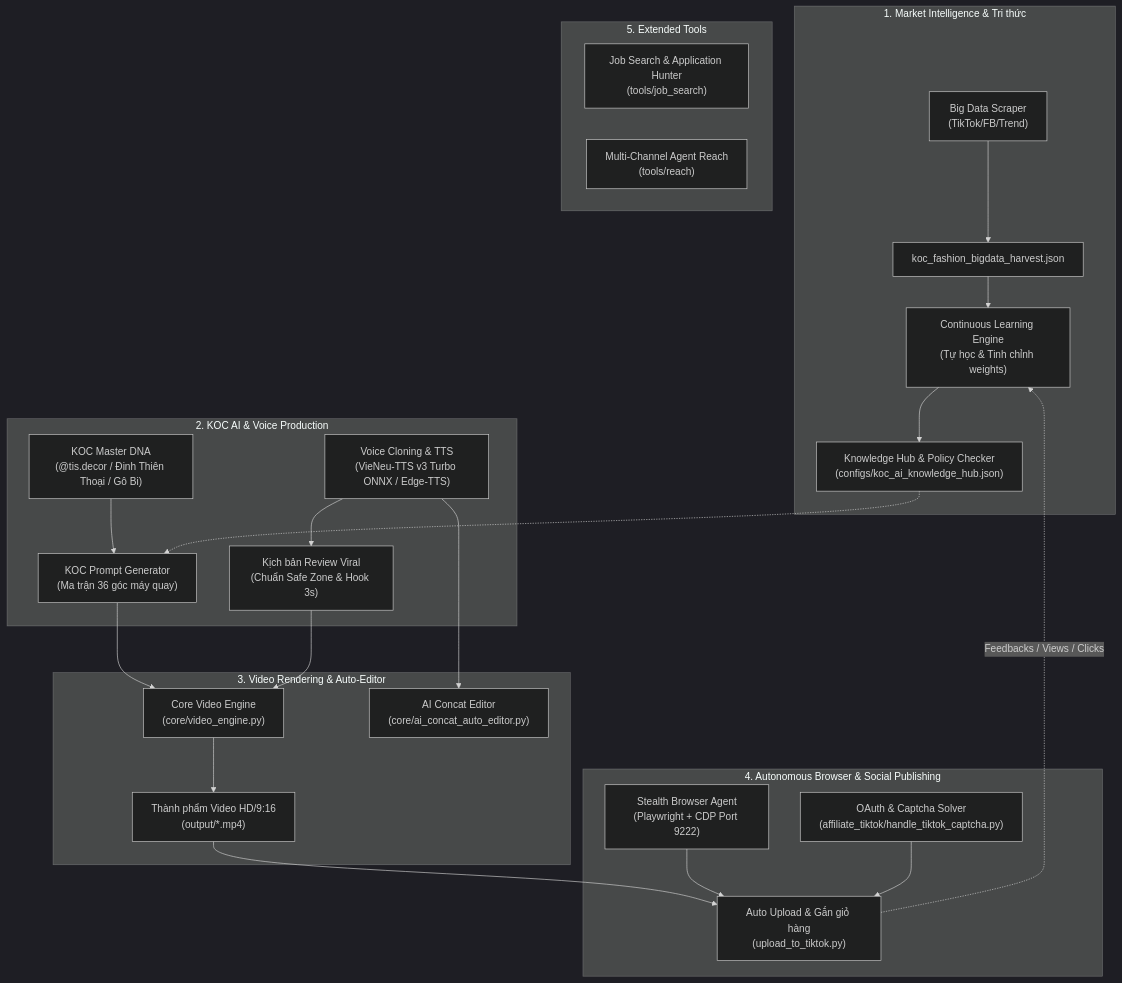
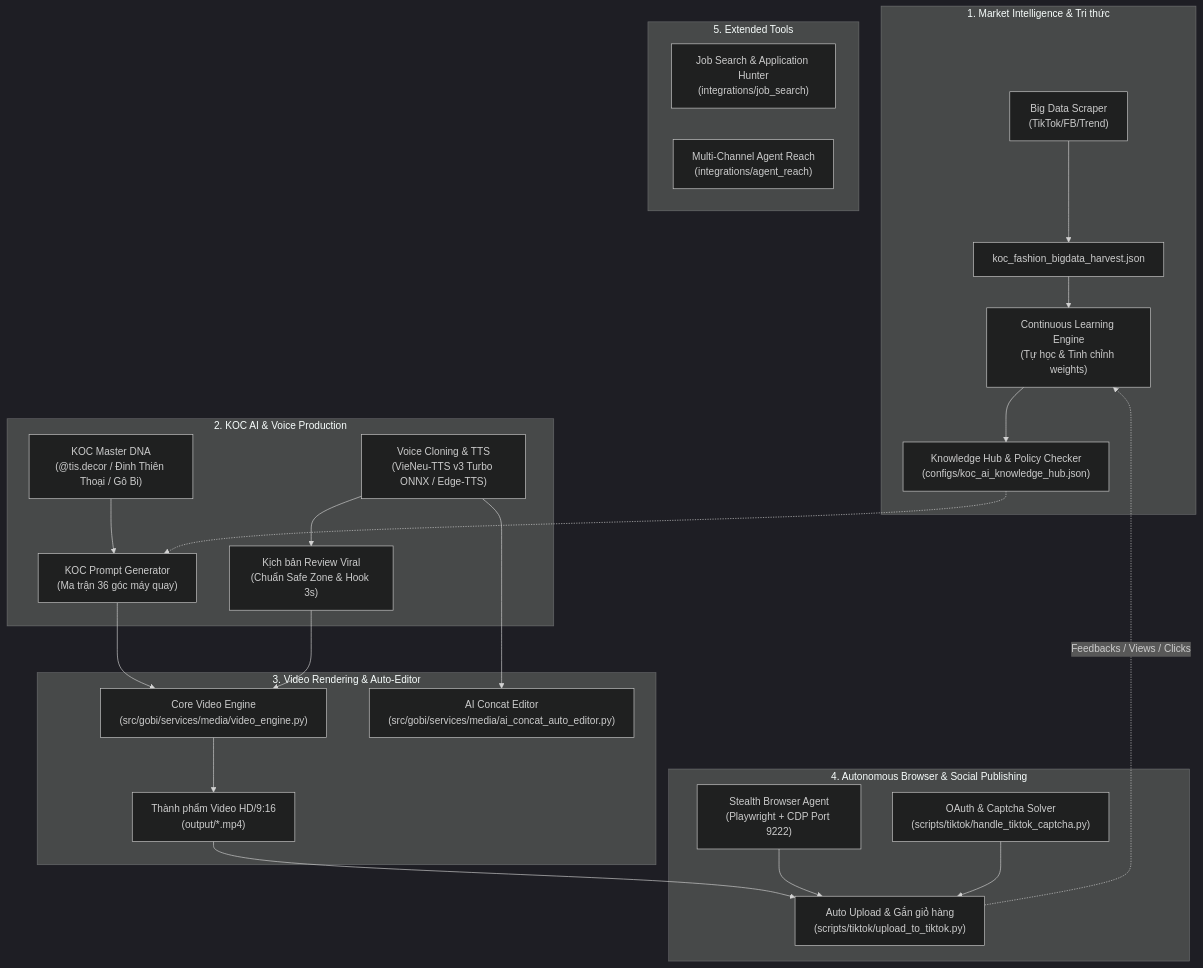
One commit to vmaxmartis09/gobi-social changed the diagram in conversation/README.md. Above: the diagram before and after it, drawn with Mermaid (dark theme). The commit also changed other lines of this file and 3420 other files, not shown here.

````diff
--- a/conversation/README.md
+++ b/conversation/README.md
@@ -11,38 +11,38 @@
 ```mermaid
 flowchart TD
     subgraph S1["1. Market Intelligence & Tri thức"]
         A1["Big Data Scraper<br/>(TikTok/FB/Trend)"] --> A2["koc_fashion_bigdata_harvest.json"]
         A2 --> A3["Continuous Learning Engine<br/>(Tự học & Tinh chỉnh weights)"]
         A3 --> A4["Knowledge Hub & Policy Checker<br/>(configs/koc_ai_knowledge_hub.json)"]
     end
 
     subgraph S2["2. KOC AI & Voice Production"]
         B1["KOC Master DNA<br/>(@tis.decor / Đinh Thiên Thoại / Gô Bi)"] --> B2["KOC Prompt Generator<br/>(Ma trận 36 góc máy quay)"]
         B3["Voice Cloning & TTS<br/>(VieNeu-TTS v3 Turbo ONNX / Edge-TTS)"] --> B4["Kịch bản Review Viral<br/>(Chuẩn Safe Zone & Hook 3s)"]
     end
 
     subgraph S3["3. Video Rendering & Auto-Editor"]
-        C1["Core Video Engine<br/>(core/video_engine.py)"]
-        C2["AI Concat Editor<br/>(core/ai_concat_auto_editor.py)"]
+        C1["Core Video Engine<br/>(src/gobi/services/media/video_engine.py)"]
+        C2["AI Concat Editor<br/>(src/gobi/services/media/ai_concat_auto_editor.py)"]
         B2 --> C1
         B4 --> C1
         B3 --> C2
         C1 --> C3["Thành phẩm Video HD/9:16<br/>(output/*.mp4)"]
     end
 
     subgraph S4["4. Autonomous Browser & Social Publishing"]
         D1["Stealth Browser Agent<br/>(Playwright + CDP Port 9222)"]
-        D2["OAuth & Captcha Solver<br/>(affiliate_tiktok/handle_tiktok_captcha.py)"]
-        C3 --> D3["Auto Upload & Gắn giỏ hàng<br/>(upload_to_tiktok.py)"]
+        D2["OAuth & Captcha Solver<br/>(scripts/tiktok/handle_tiktok_captcha.py)"]
+        C3 --> D3["Auto Upload & Gắn giỏ hàng<br/>(scripts/tiktok/upload_to_tiktok.py)"]
         D1 --> D3
         D2 --> D3
     end
 
     subgraph S5["5. Extended Tools"]
-        E1["Job Search & Application Hunter<br/>(tools/job_search)"]
-        E2["Multi-Channel Agent Reach<br/>(tools/reach)"]
+        E1["Job Search & Application Hunter<br/>(integrations/job_search)"]
+        E2["Multi-Channel Agent Reach<br/>(integrations/agent_reach)"]
     end
 
     A4 -.-> B2
     D3 -.->|"Feedbacks / Views / Clicks"| A3
 ```
````
